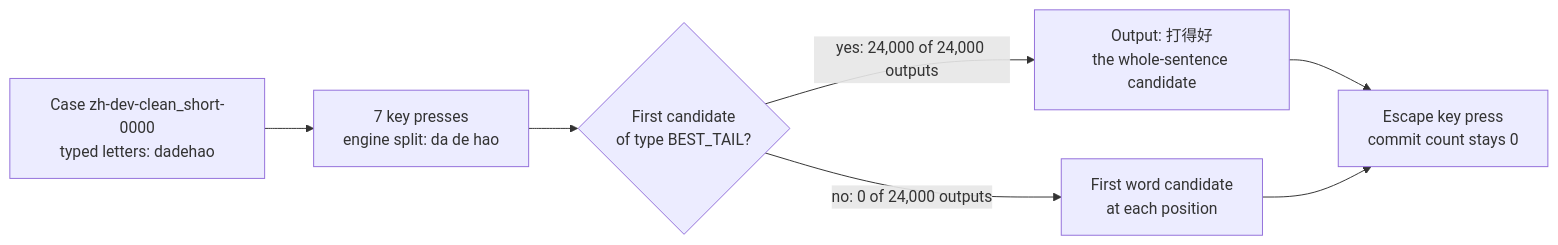
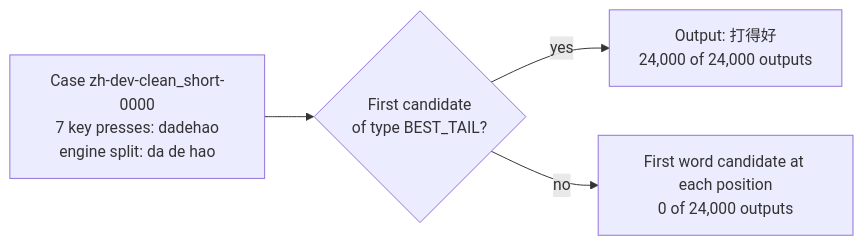
Before and after one commit to YilongJu/iphone-duo-keyboard: the second of 2 diagrams in scripts/typing-evaluation/engines/sunpinyin/README.md, drawn with Mermaid. The commit also changed other lines of this file, not shown here.

Commit message:
Keep the flowchart clear of the viewer's zoom buttons
The flowchart has three columns, and the caption states the Escape key step.

````diff
--- a/scripts/typing-evaluation/engines/sunpinyin/README.md
+++ b/scripts/typing-evaluation/engines/sunpinyin/README.md
@@ -179,9 +179,6 @@
 ```mermaid
 flowchart LR
-    typed["Case zh-dev-clean_short-0000<br/>typed letters: dadehao"] --> keys["7 key presses<br/>engine split: da de hao"]
-    keys --> kind{"First candidate<br/>of type BEST_TAIL?"}
-    kind -- "yes: 24,000 of 24,000 outputs" --> sentence["Output: 打得好<br/>the whole-sentence candidate"]
-    kind -- "no: 0 of 24,000 outputs" --> words["First word candidate<br/>at each position"]
-    sentence --> escape["Escape key press<br/>commit count stays 0"]
-    words --> escape
+    typed["Case zh-dev-clean_short-0000<br/>7 key presses: dadehao<br/>engine split: da de hao"] --> kind{"First candidate<br/>of type BEST_TAIL?"}
+    kind -- "yes" --> sentence["Output: 打得好<br/>24,000 of 24,000 outputs"]
+    kind -- "no" --> words["First word candidate at each position<br/>0 of 24,000 outputs"]
 ```
````
